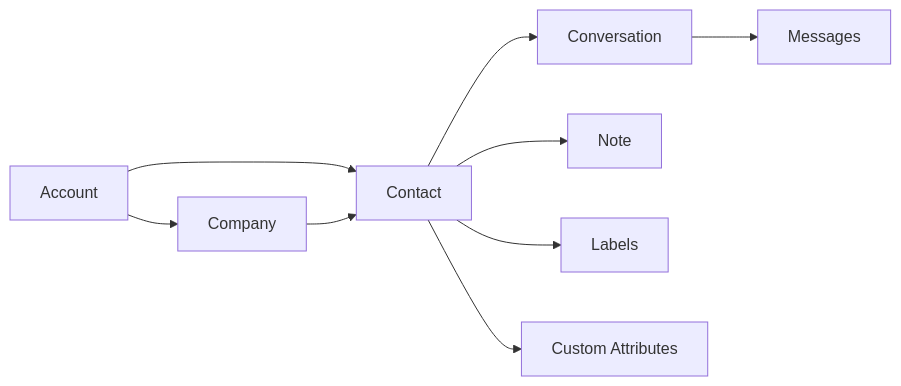
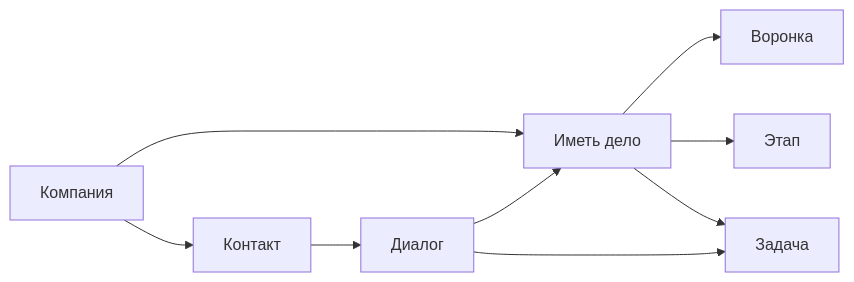
Before and after one commit to demomastra2025-eng/onelink-docs: the diagram in platform/crm-architecture.mdx, drawn with Mermaid. The commit also changed other lines of this file and 305 other files, not shown here.

````diff
--- a/platform/crm-architecture.mdx
+++ b/platform/crm-architecture.mdx
@@ -38,11 +26,11 @@
 ```mermaid
 flowchart LR
-    A[Account] --> B[Contact]
-    A --> C[Company]
-    B --> D[Conversation]
-    B --> E[Note]
-    B --> F[Labels]
-    B --> G[Custom Attributes]
-    D --> H[Messages]
-    C --> B
+    A[Контакт] --> C[Диалог]
+    B[Компания] --> A
+    B --> D[Иметь дело]
+    D --> E[Воронка]
+    D --> F[Этап]
+    D --> G[Задача]
+    C --> D
+    C --> G
 ```
````
